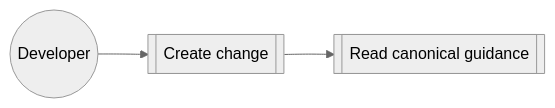
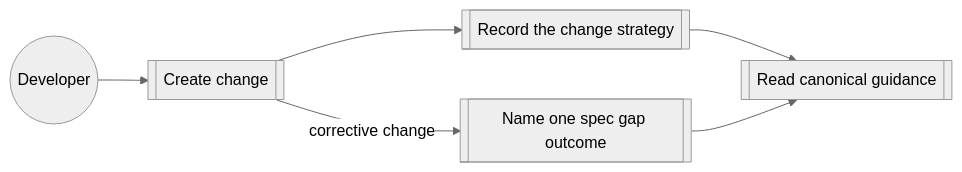
Before and after one commit to buster/givn: the diagram in givn/specs/create-change/usecase.md, drawn with Mermaid (neutral theme). The commit also changed other lines of this file and 49 other files, not shown here.

````diff
--- a/givn/specs/create-change/usecase.md
+++ b/givn/specs/create-change/usecase.md
@@ -106,5 +137,8 @@
 ```mermaid
 flowchart LR
   Actor((Developer)) --> New[[Create change]]
-  New --> Guidance[[Read canonical guidance]]
+  New --> Strategy[[Record the change strategy]]
+  New -->|corrective change| Gap[[Name one spec gap outcome]]
+  Strategy --> Guidance[[Read canonical guidance]]
+  Gap --> Guidance
 ```
````
